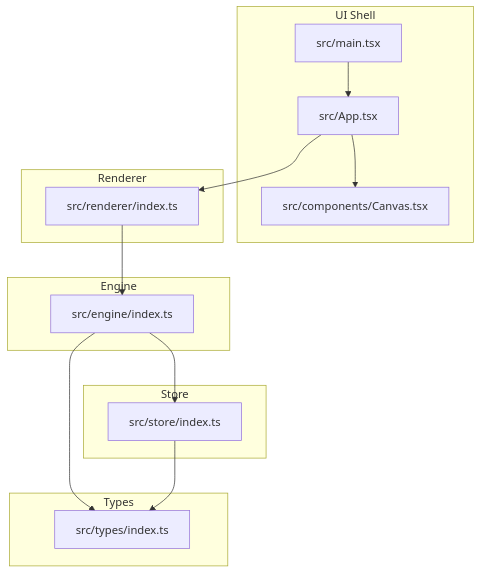
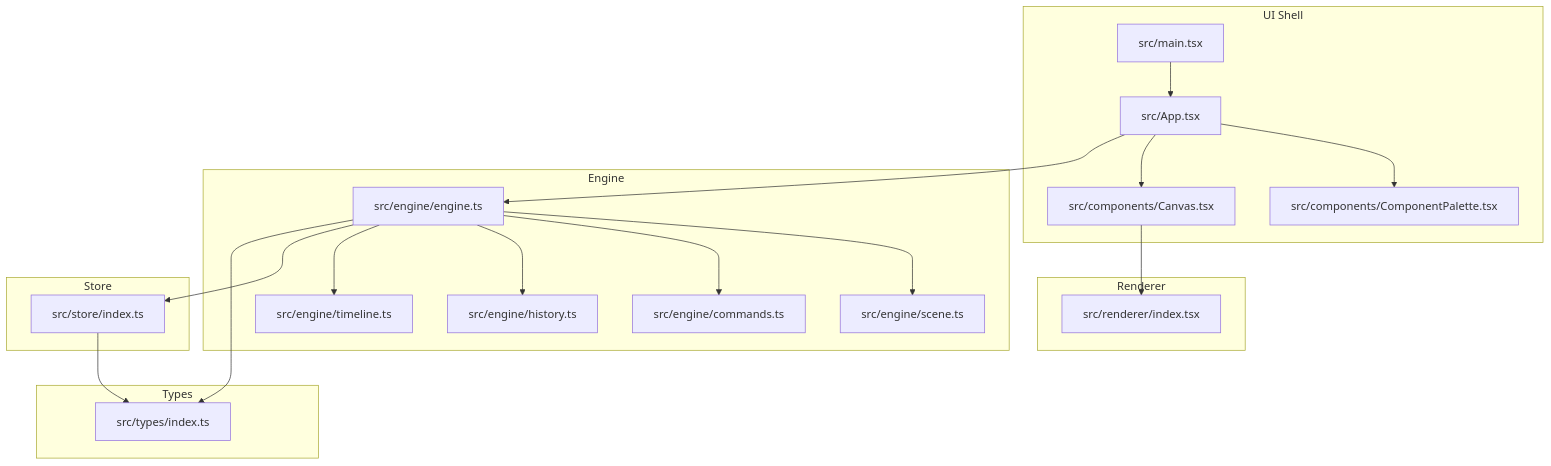
Before and after one commit to Anna0314zy/ai_editor_enginer: the first of 9 diagrams in .qoder/repowiki/en/content/Core Engine System/Scene Graph Architecture.md, drawn with Mermaid. The commit also changed other lines of this file and 41 other files, not shown here.

````diff
--- a/.qoder/repowiki/en/content/Core Engine System/Scene Graph Architecture.md
+++ b/.qoder/repowiki/en/content/Core Engine System/Scene Graph Architecture.md
@@ -43,27 +60,37 @@
 ```mermaid
 graph TB
 subgraph "UI Shell"
 MAIN["src/main.tsx"]
 APP["src/App.tsx"]
+PALETTE["src/components/ComponentPalette.tsx"]
 CANVAS["src/components/Canvas.tsx"]
 end
 subgraph "Renderer"
-RENDERER["src/renderer/index.ts"]
+RENDERER["src/renderer/index.tsx"]
 end
 subgraph "Engine"
-ENGINE["src/engine/index.ts"]
+ENGINE["src/engine/engine.ts"]
+SCENE["src/engine/scene.ts"]
+COMMANDS["src/engine/commands.ts"]
+HISTORY["src/engine/history.ts"]
+TIMELINE["src/engine/timeline.ts"]
 end
 subgraph "Store"
 STORE["src/store/index.ts"]
 end
 subgraph "Types"
 TYPES["src/types/index.ts"]
 end
 MAIN --> APP
+APP --> PALETTE
 APP --> CANVAS
-APP --> RENDERER
-RENDERER --> ENGINE
+CANVAS --> RENDERER
+APP --> ENGINE
+ENGINE --> SCENE
+ENGINE --> COMMANDS
+ENGINE --> HISTORY
+ENGINE --> TIMELINE
 ENGINE --> STORE
 ENGINE --> TYPES
 STORE --> TYPES
 ```
````
